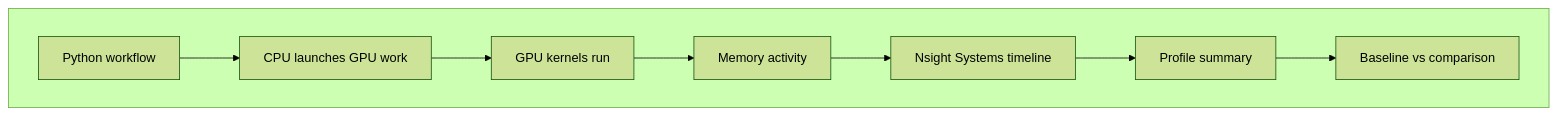
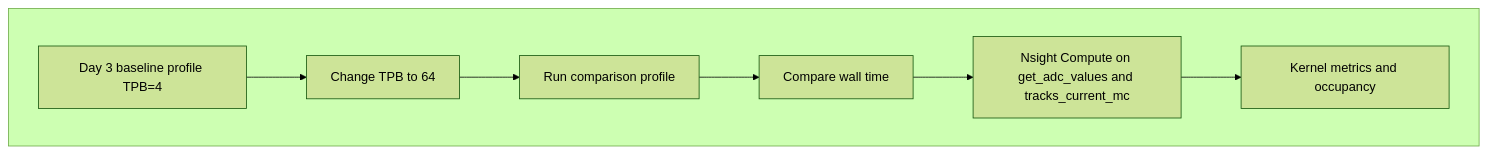
Before and after one commit to madantimalsina/sim2spec: the diagram in Project_4_ReadMe.md, drawn with Mermaid (forest theme). The commit also changed other lines of this file and 7 other files, not shown here.

First line of the commit message:
Move What is TPB to Day 4, fix stale references across all files, update notebook

````diff
--- a/Project_4_ReadMe.md
+++ b/Project_4_ReadMe.md
@@ -17,12 +17,11 @@
 ```mermaid
 flowchart LR
     subgraph row1[" "]
         direction LR
-        A[Python workflow] --> B[CPU launches GPU work]
-        B --> C[GPU kernels run]
-        C --> D[Memory activity]
-        D --> E[Nsight Systems timeline]
-        E --> F[Profile summary]
-        F --> G[Baseline vs comparison]
+        A[Day 3 baseline profile TPB=4] --> B[Change TPB to 64]
+        B --> C[Run comparison profile]
+        C --> D[Compare wall time]
+        D --> E[Nsight Compute on get_adc_values and tracks_current_mc]
+        E --> F[Kernel metrics and occupancy]
     end
 ```
````
